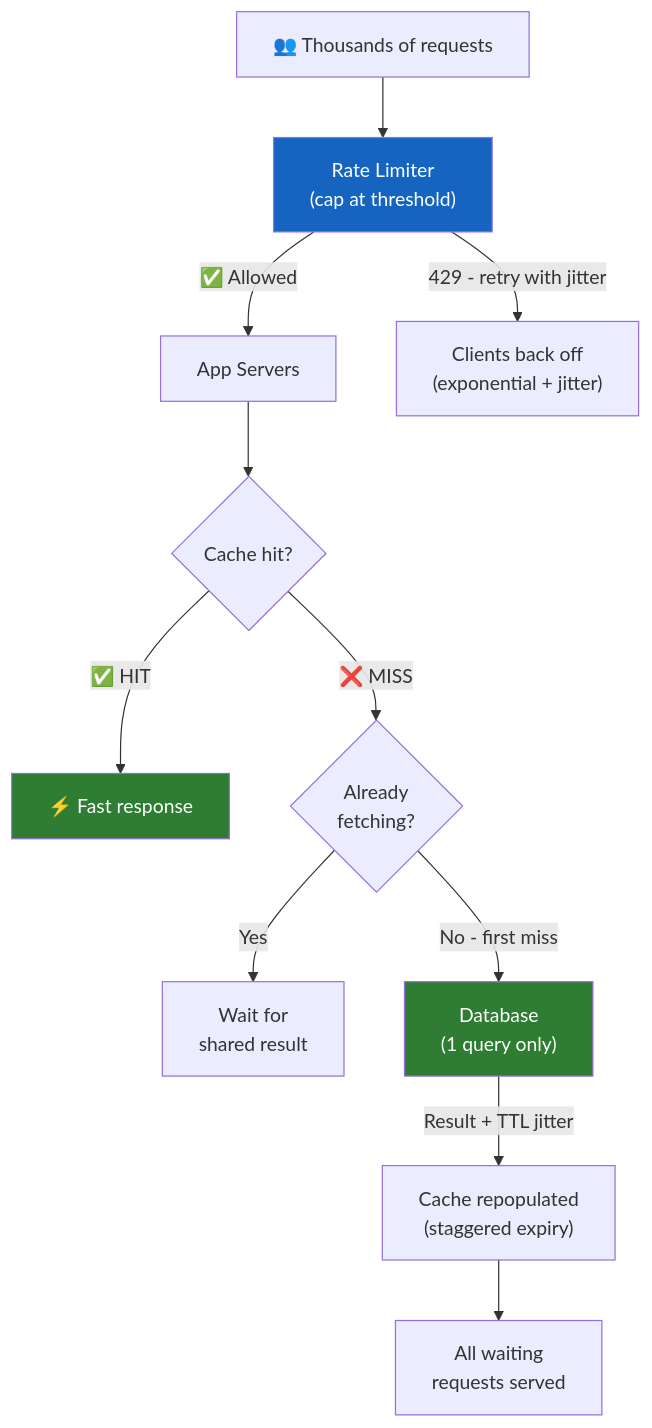
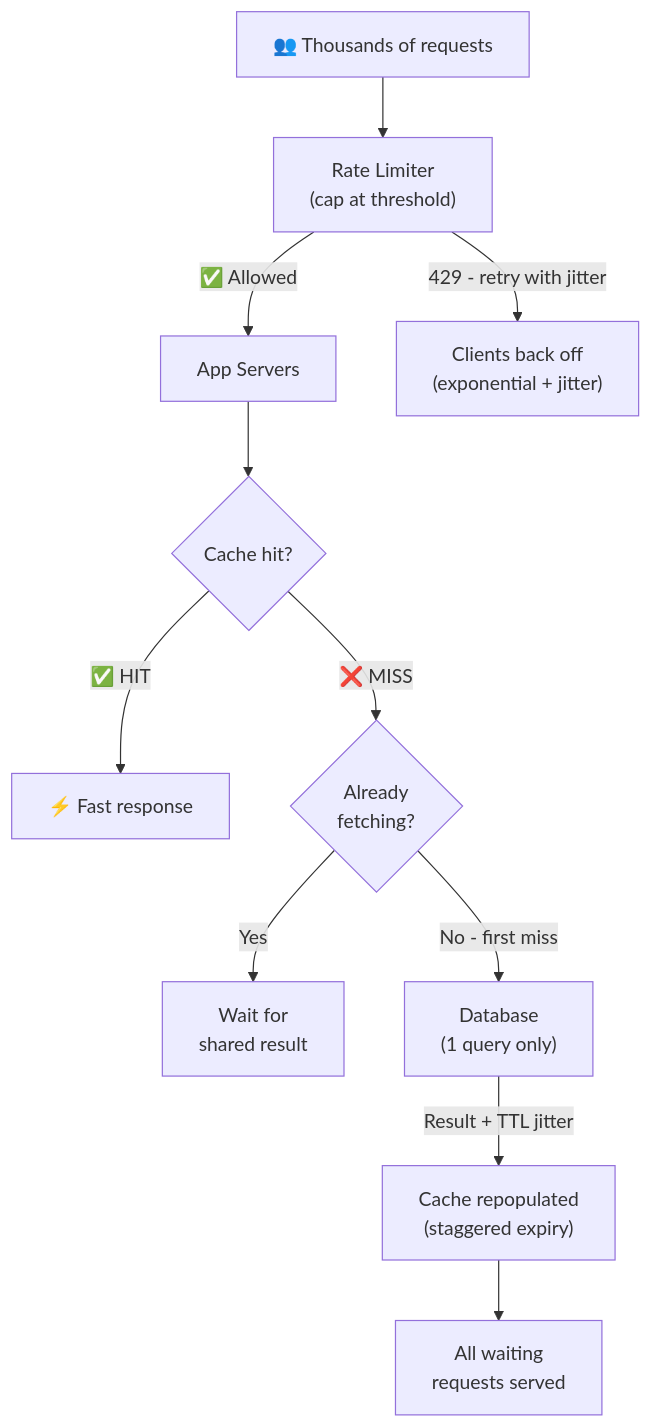
One commit to g-savitha/gsavitha.in changed the ninth of 9 diagrams in src/content/blog/thundering-herd.md. Above: the diagram before and after it, drawn with Mermaid. The commit also changed other lines of this file and 6 other files, not shown here.

First line of the commit message:
Theme every Mermaid diagram from one shared palette

````diff
--- a/src/content/blog/thundering-herd.md
+++ b/src/content/blog/thundering-herd.md
@@ -417,20 +417,20 @@
 ```mermaid
 flowchart TD
     Users["👥 Thousands of requests"] --> RL["Rate Limiter\n(cap at threshold)"]
     RL -->|"✅ Allowed"| App["App Servers"]
     RL -->|"429 - retry with jitter"| Backoff["Clients back off\n(exponential + jitter)"]
 
     App --> Cache{"Cache hit?"}
     Cache -->|"✅ HIT"| Response["⚡ Fast response"]
     Cache -->|"❌ MISS"| Flight{"Already\nfetching?"}
 
     Flight -->|"Yes"| Wait["Wait for\nshared result"]
     Flight -->|"No - first miss"| DB["Database\n(1 query only)"]
 
     DB -->|"Result + TTL jitter"| CacheWrite["Cache repopulated\n(staggered expiry)"]
     CacheWrite --> Broadcast["All waiting\nrequests served"]
 
-    style RL fill:#1565c0,color:#fff
-    style DB fill:#2e7d32,color:#fff
-    style Response fill:#2e7d32,color:#fff
+    class RL primary
+    class DB success
+    class Response success
 ```
````
